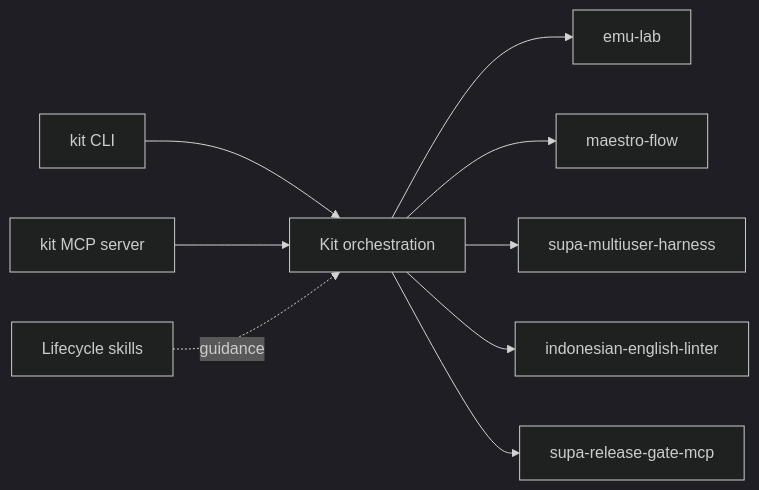
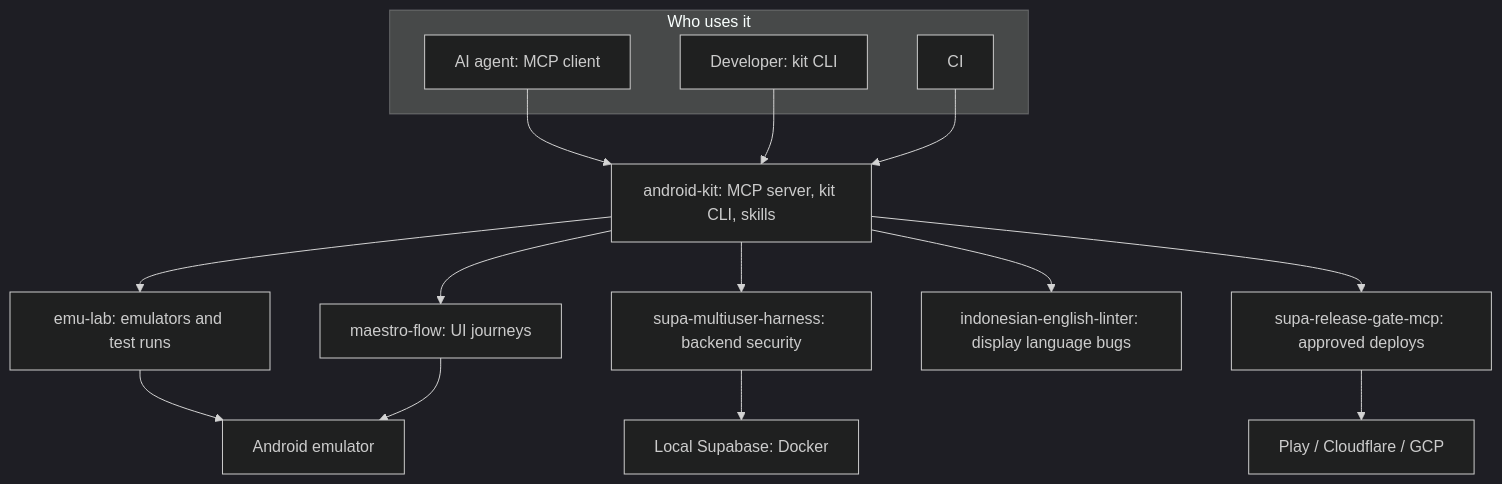
Before and after one commit to fridaysundaymood/android-kit: the first of 2 diagrams in README.md, drawn with Mermaid (dark theme). The commit also changed other lines of this file and 1 other file, not shown here.

Commit message:
Add diagrams to README

````diff
--- a/README.md
+++ b/README.md
@@ -23,11 +23,21 @@
 ```mermaid
-flowchart LR
-  CLI["kit CLI"] --> Kit["Kit orchestration"]
-  MCP["kit MCP server"] --> Kit
-  Skills["Lifecycle skills"] -. guidance .-> Kit
-  Kit --> Emu["emu-lab"]
-  Kit --> Maestro["maestro-flow"]
-  Kit --> Backend["supa-multiuser-harness"]
-  Kit --> I18n["indonesian-english-linter"]
-  Kit --> Release["supa-release-gate-mcp"]
+flowchart TB
+  subgraph Users["Who uses it"]
+    Agent["AI agent: MCP client"]
+    Dev["Developer: kit CLI"]
+    CI["CI"]
+  end
+  Kit["android-kit: MCP server, kit CLI, skills"]
+  Agent --> Kit
+  Dev --> Kit
+  CI --> Kit
+  Kit --> Emu["emu-lab: emulators and test runs"]
+  Kit --> Maestro["maestro-flow: UI journeys"]
+  Kit --> Backend["supa-multiuser-harness: backend security"]
+  Kit --> I18n["indonesian-english-linter: display language bugs"]
+  Kit --> Gate["supa-release-gate-mcp: approved deploys"]
+  Emu --> Device["Android emulator"]
+  Maestro --> Device
+  Backend --> Local["Local Supabase: Docker"]
+  Gate --> Cloud["Play / Cloudflare / GCP"]
 ```
````
